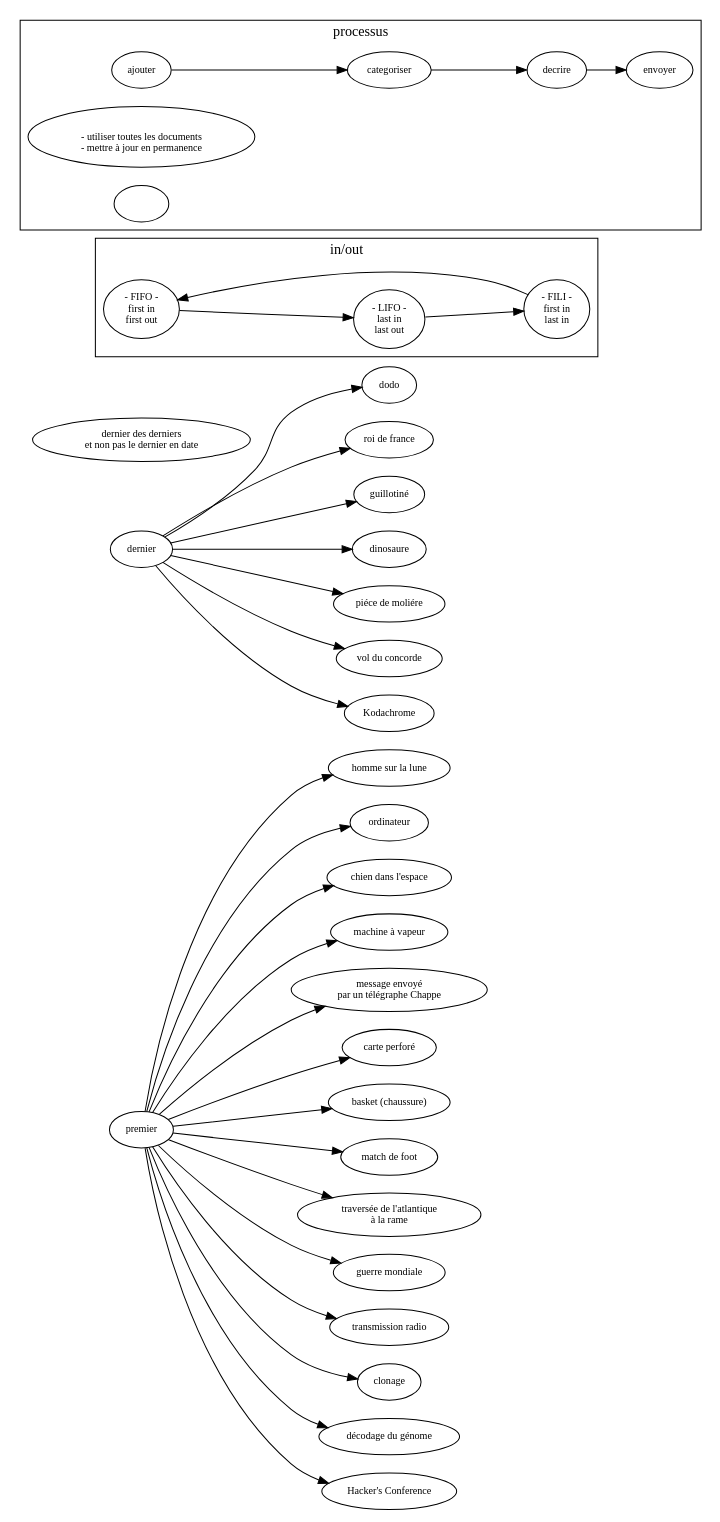
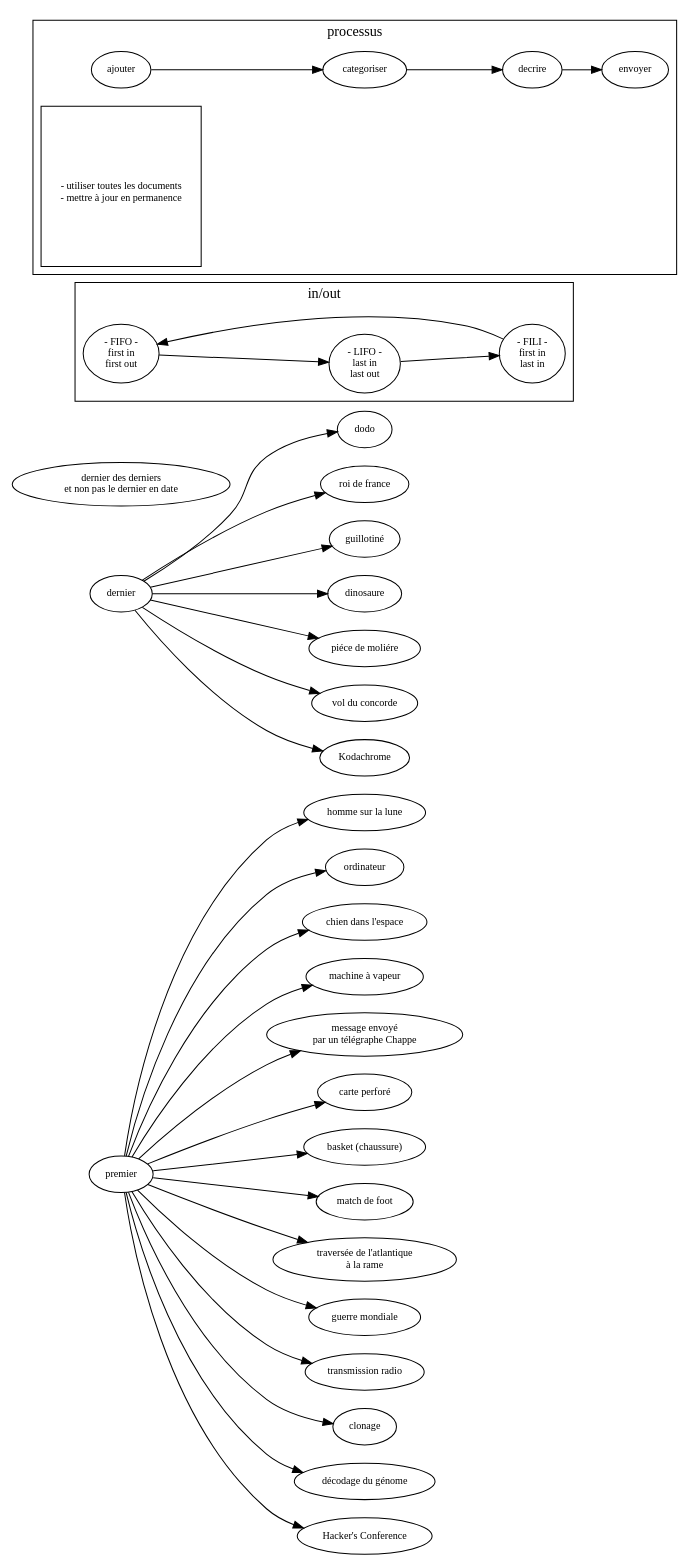
Before and after one commit to ensad-nancy/first-last: the diagram in sujet.dot, drawn with Graphviz.

Commit message:
+- mettre à jour en permanence" [ shape=square]

```diff
--- a/sujet.dot
+++ b/sujet.dot
@@ -1,66 +1,65 @@
 digraph {
 
 	layout= "dot"
 	
 
 	fontname="myriadpro"
 	fontsize = 14
 	rankdir="LR"
 	
 	
 	node [fontname="myriadpro", fontsize = 10]
 	edge [fontname="monaco", fontsize = 9]
 	
 	first [label="premier"]
 	last [label="dernier"]
 	
 	"dernier des derniers\n et non pas le dernier en date" 
 
 	first -> "homme sur la lune"
 	first -> "ordinateur"
 	first -> "chien dans l'espace"
 	first -> "machine à vapeur"
 	first -> "message envoyé\npar un télégraphe Chappe"
 	first -> "carte perforé"
 	first -> "basket (chaussure)"
 	first -> "match de foot"
 	first -> "traversée de l'atlantique\nà la rame"
 	first -> "guerre mondiale"
 	first -> "transmission radio"
 	first -> "clonage"
 	first -> "décodage du génome"
 	first -> "Hacker's Conference"
 	
 	last -> dodo
 	last -> "roi de france"
 	last -> "guillotiné"
 	last -> "dinosaure"
 	last -> "piéce de moliére"
 	last -> "vol du concorde"
 	last -> "Kodachrome"
 
 	subgraph cluster_FO{
 	
 		label="in/out"
 		
 		FIFO [label="- FIFO -\nfirst in\nfirst out"]
 		LIFO [label="- LIFO -\nlast in\nlast out"]
 		FILI [label="- FILI -\nfirst in\n last in"]
 
 		FILI -> FIFO -> LIFO -> FILI
 	}
 	
 	subgraph cluster_process {
 		
 		label="processus"
 		
 		//get [label="récolter"]
 		
 		ajouter -> categoriser -> decrire -> envoyer
 		
 		"
 - utiliser toutes les documents
-- mettre à jour en permanence"
-		""
+- mettre à jour en permanence" [ shape=square]
 	}
 }
```
